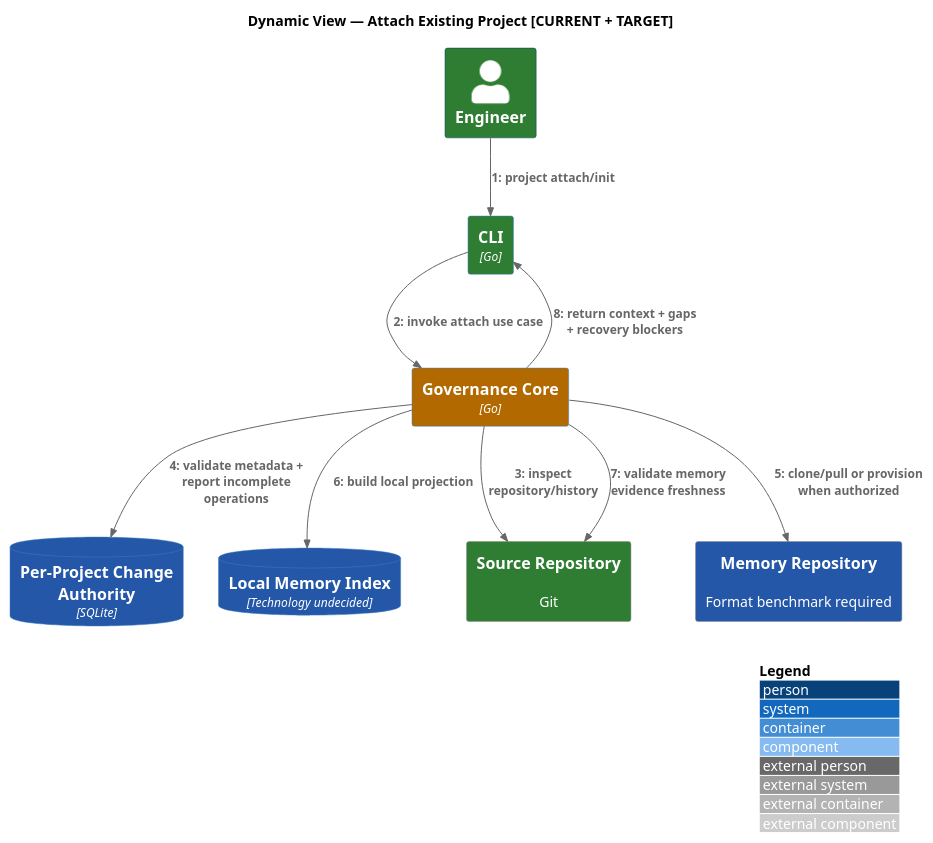
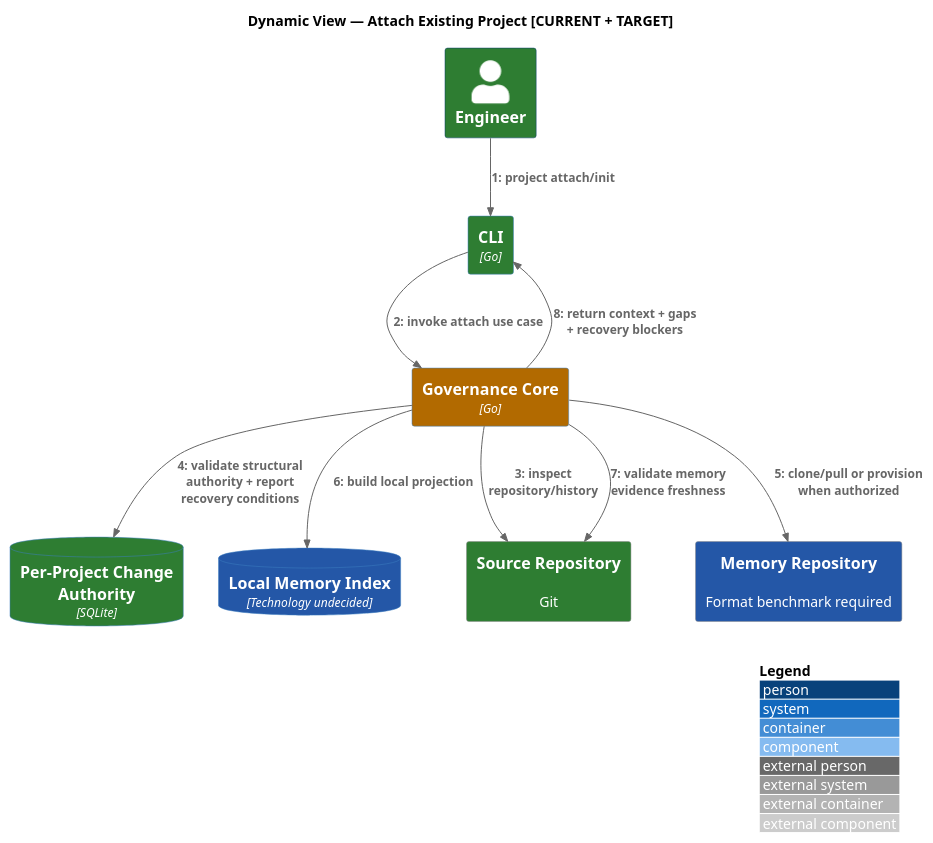
The diagram in docs/architecture/src/docs/arc42/diagrams/dynamic-project-attach.puml (Eu-Pedro0ficial/praetor), drawn with PlantUML before and after one commit. The commit also changed 80 other files, not shown here.

```diff
--- a/docs/architecture/src/docs/arc42/diagrams/dynamic-project-attach.puml
+++ b/docs/architecture/src/docs/arc42/diagrams/dynamic-project-attach.puml
@@ -1,23 +1,23 @@
 @startuml
 !include <C4/C4_Dynamic>
 AddElementTag("AS-IS", $bgColor="#2E7D32", $fontColor="#FFFFFF", $legendText="AS-IS")
 AddElementTag("PARTIAL", $bgColor="#B26A00", $fontColor="#FFFFFF", $legendText="PARTIAL")
 AddElementTag("TARGET", $bgColor="#2457A7", $fontColor="#FFFFFF", $legendText="TARGET")
 LAYOUT_WITH_LEGEND()
 title Dynamic View — Attach Existing Project [CURRENT + TARGET]
 Person(engineer, "Engineer", $tags="AS-IS")
 Container(cli, "CLI", "Go", $tags="AS-IS")
 Container(core, "Governance Core", "Go", $tags="PARTIAL")
-ContainerDb(changeStore, "Per-Project Change Authority", "SQLite", $tags="TARGET")
+ContainerDb(changeStore, "Per-Project Change Authority", "SQLite", $tags="AS-IS")
 ContainerDb(index, "Local Memory Index", "Technology undecided", $tags="TARGET")
 System_Ext(src, "Source Repository", "Git", $tags="AS-IS")
 System_Ext(mem, "Memory Repository", "Format benchmark required", $tags="TARGET")
 RelIndex(1, engineer, cli, "project attach/init")
 RelIndex(2, cli, core, "invoke attach use case")
 RelIndex(3, core, src, "inspect repository/history")
-RelIndex(4, core, changeStore, "validate metadata + report incomplete operations")
+RelIndex(4, core, changeStore, "validate structural authority + report recovery conditions")
 RelIndex(5, core, mem, "clone/pull or provision when authorized")
 RelIndex(6, core, index, "build local projection")
 RelIndex(7, core, src, "validate memory evidence freshness")
 RelIndex(8, core, cli, "return context + gaps + recovery blockers")
 @enduml
```
